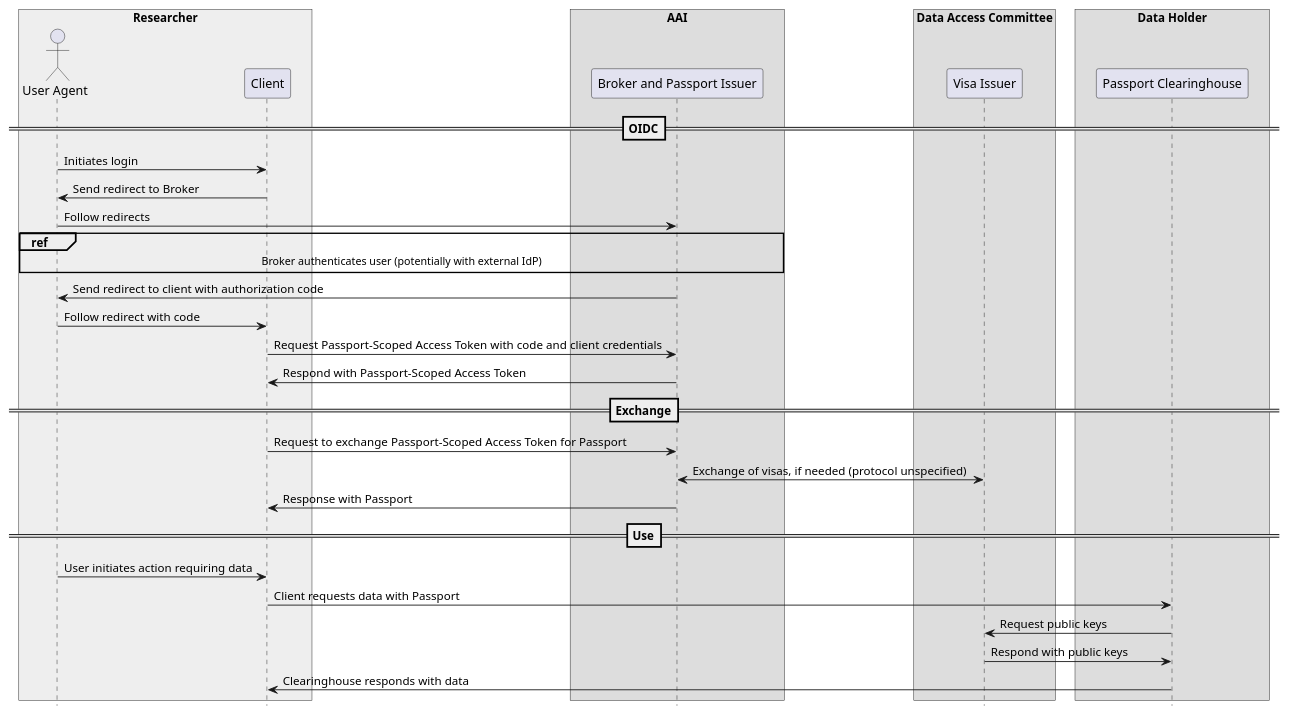
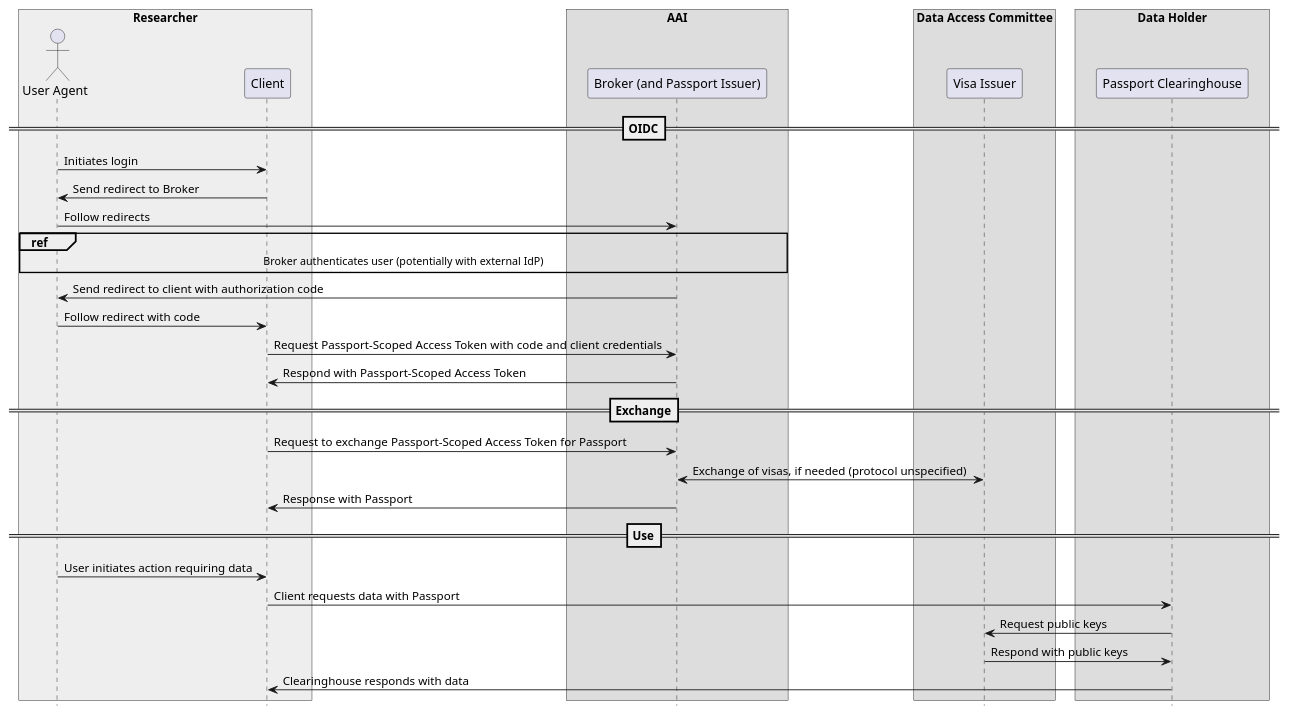
Before and after one commit to ga4gh/data-security: the first of 7 diagrams in AAI/AAIConnectProfile.md, drawn with PlantUML. The commit also changed other lines of this file, not shown here.

```diff
--- a/AAI/AAIConnectProfile.md
+++ b/AAI/AAIConnectProfile.md
@@ -277,51 +285,51 @@
 {% plantuml %}
 
 hide footbox
 skinparam BoxPadding 10
 skinparam ParticipantPadding 20
 
 box "Researcher"  #eee
 actor       "User Agent"                as user
 participant Client                      as client
 end box
 
 box "AAI"
-participant "Broker and Passport Issuer"                      as broker
+participant "Broker (and Passport Issuer)"                      as broker
 end box
 
 box "Data Access Committee"
 participant "Visa Issuer"            as issuer
 end box
 
 box "Data Holder"
 participant "Passport Clearinghouse"            as clearing
 end box
 
 ==OIDC==
 
 user -> client : Initiates login
 client -> user : Send redirect to Broker
 user -> broker : Follow redirects
 ref over user, client, broker
 Broker authenticates user (potentially with external IdP)
 end ref
 broker -> user : Send redirect to client with authorization code
 user -> client : Follow redirect with code
 client -> broker : Request Passport-Scoped Access Token with code and client credentials
 broker -> client : Respond with Passport-Scoped Access Token
 
 ==Exchange==
 
 client -> broker : Request to exchange Passport-Scoped Access Token for Passport
 broker <-> issuer : Exchange of visas, if needed (protocol unspecified)
 client <- broker : Response with Passport
 
 ==Use==
 
 user -> client : User initiates action requiring data
 client -> clearing : Client requests data with Passport
 clearing -> issuer : Request public keys
 issuer -> clearing : Respond with public keys
 client <- clearing : Clearinghouse responds with data
 
 {% endplantuml %}
```
